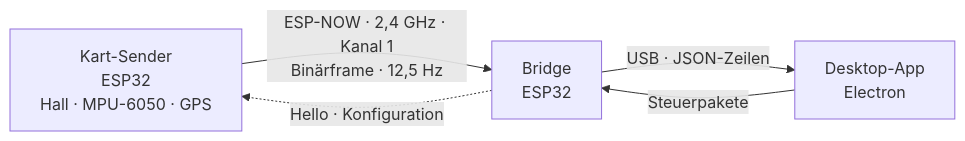
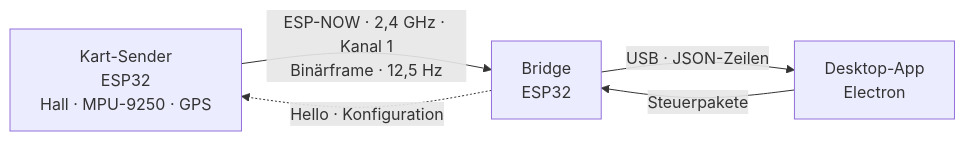
One commit to Lutji06/RasiCross-Telemetrie changed the diagram in README.md. Above: the diagram before and after it, drawn with Mermaid. The commit also changed other lines of this file and 1 other file, not shown here.

````diff
--- a/README.md
+++ b/README.md
@@ -59,11 +59,11 @@
 ```mermaid
 flowchart LR
-    S["Kart-Sender<br>ESP32<br>Hall · MPU-6050 · GPS"]
+    S["Kart-Sender<br>ESP32<br>Hall · MPU-9250 · GPS"]
     B["Bridge<br>ESP32"]
     A["Desktop-App<br>Electron"]
 
     S -- "ESP-NOW · 2,4 GHz · Kanal 1<br>Binärframe · 12,5 Hz" --> B
     B -- "USB · JSON-Zeilen" --> A
     A -- "Steuerpakete" --> B
     B -. "Hello · Konfiguration" .-> S
 ```
````
